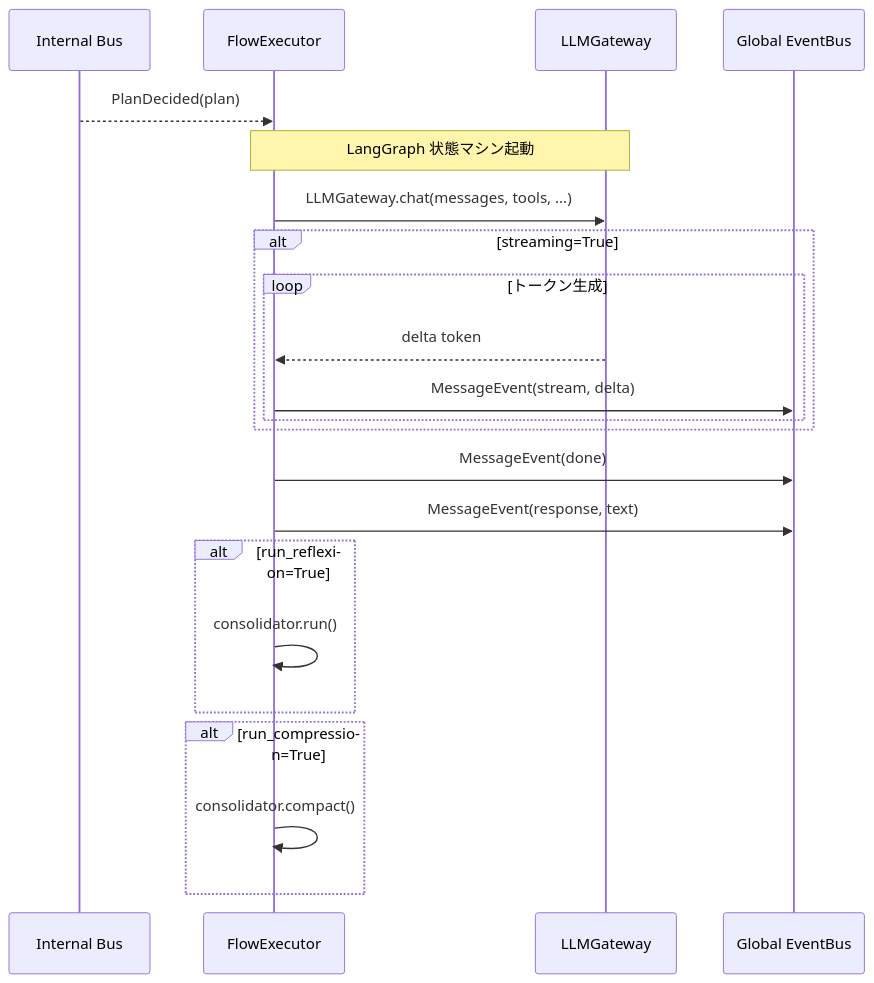
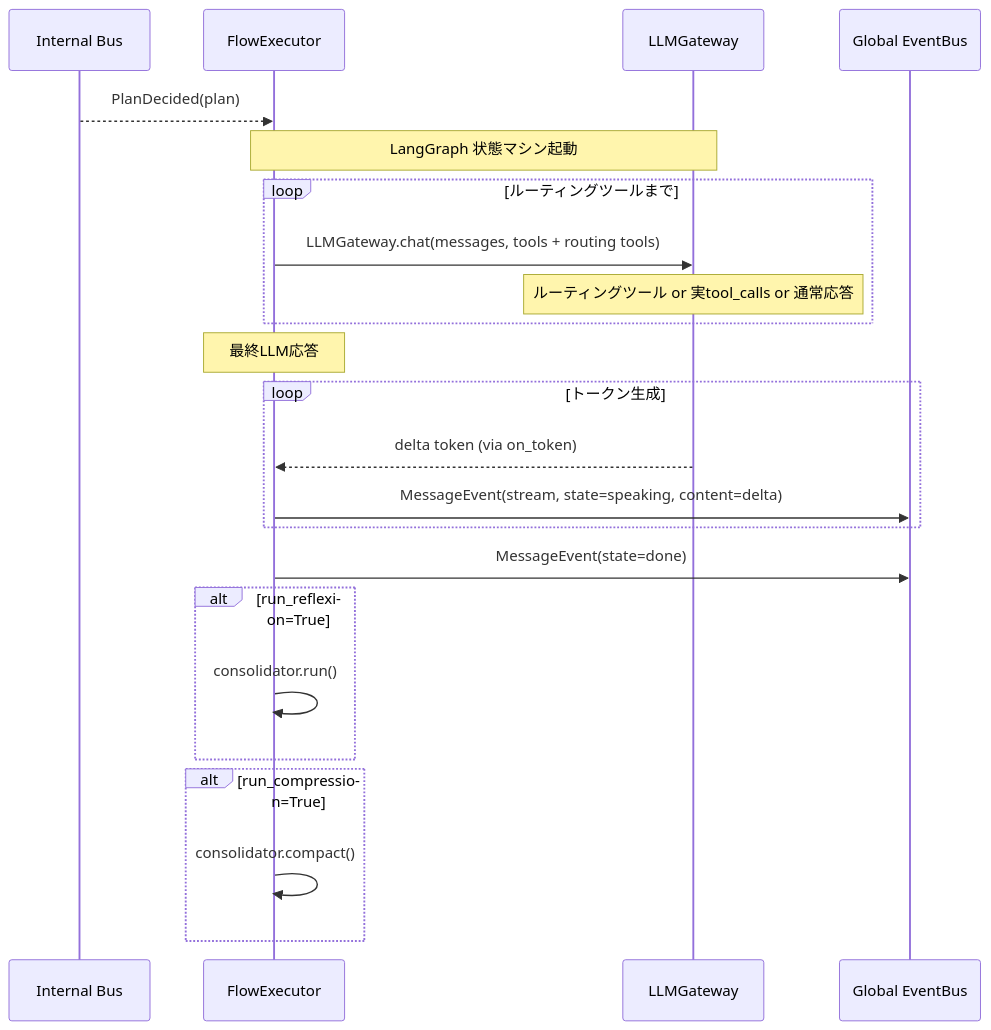
The second of 2 diagrams in docs/agency-layer.md (ibukani/iris-mind), drawn with Mermaid before and after one commit. The commit also changed other lines of this file and 99 other files, not shown here.

````diff
--- a/docs/agency-layer.md
+++ b/docs/agency-layer.md
@@ -235,29 +241,32 @@
 ```mermaid
 sequenceDiagram
     participant IB as Internal Bus
     participant EX as FlowExecutor
     participant LLM as LLMGateway
     participant EB as Global EventBus
 
     IB-->>EX: PlanDecided(plan)
 
     Note over EX,LLM: LangGraph 状態マシン起動
-    EX->>LLM: LLMGateway.chat(messages, tools, ...)
 
-    alt streaming=True
-        loop トークン生成
-            LLM-->>EX: delta token
-            EX->>EB: MessageEvent(stream, delta)
-        end
+    loop ルーティングツールまで
+        EX->>LLM: LLMGateway.chat(messages, tools + routing tools)
+        Note over LLM: ルーティングツール or 実tool_calls or 通常応答
     end
 
-    EX->>EB: MessageEvent(done)
-    EX->>EB: MessageEvent(response, text)
+    Note over EX: 最終LLM応答
+
+    loop トークン生成
+        LLM-->>EX: delta token (via on_token)
+        EX->>EB: MessageEvent(stream, state=speaking, content=delta)
+    end
+
+    EX->>EB: MessageEvent(state=done)
 
     alt run_reflexion=True
         EX->>EX: consolidator.run()
     end
     alt run_compression=True
         EX->>EX: consolidator.compact()
     end
 ```
````
